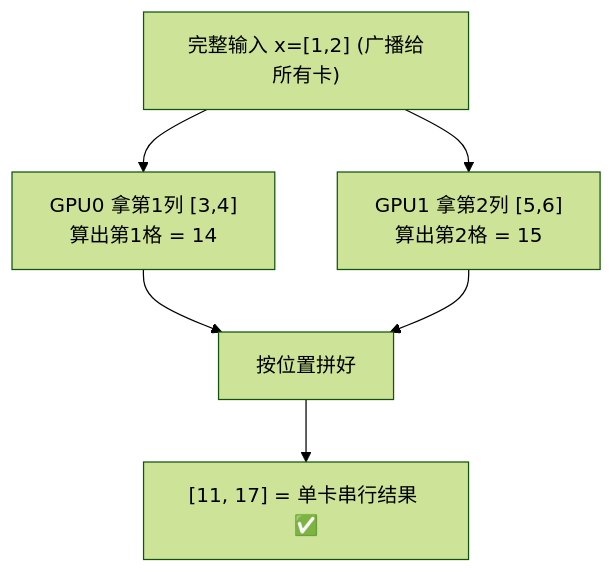
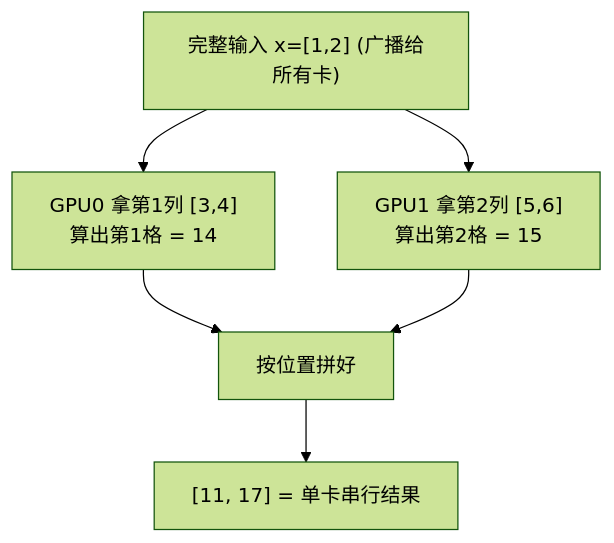
One commit to imjcw/imjcw.github.io changed the fifth of 8 diagrams in source/_posts/AI/2026-08-08_大模型推理与缓存机制.md. Above: the diagram before and after it, drawn with Mermaid (forest theme). The commit also changed other lines of this file and 11 other files, not shown here.

````diff
--- a/source/_posts/AI/2026-08-08_大模型推理与缓存机制.md
+++ b/source/_posts/AI/2026-08-08_大模型推理与缓存机制.md
@@ -96,8 +96,8 @@
 ```mermaid
 flowchart TD
     X["完整输入 x=[1,2] (广播给所有卡)"] --> G0["GPU0 拿第1列 [3,4]<br/>算出第1格 = 14"]
     X --> G1["GPU1 拿第2列 [5,6]<br/>算出第2格 = 15"]
     G0 --> R["按位置拼好"]
     G1 --> R
-    R --> O["[11, 17] = 单卡串行结果 ✅"]
+    R --> O["[11, 17] = 单卡串行结果"]
 ```
````
